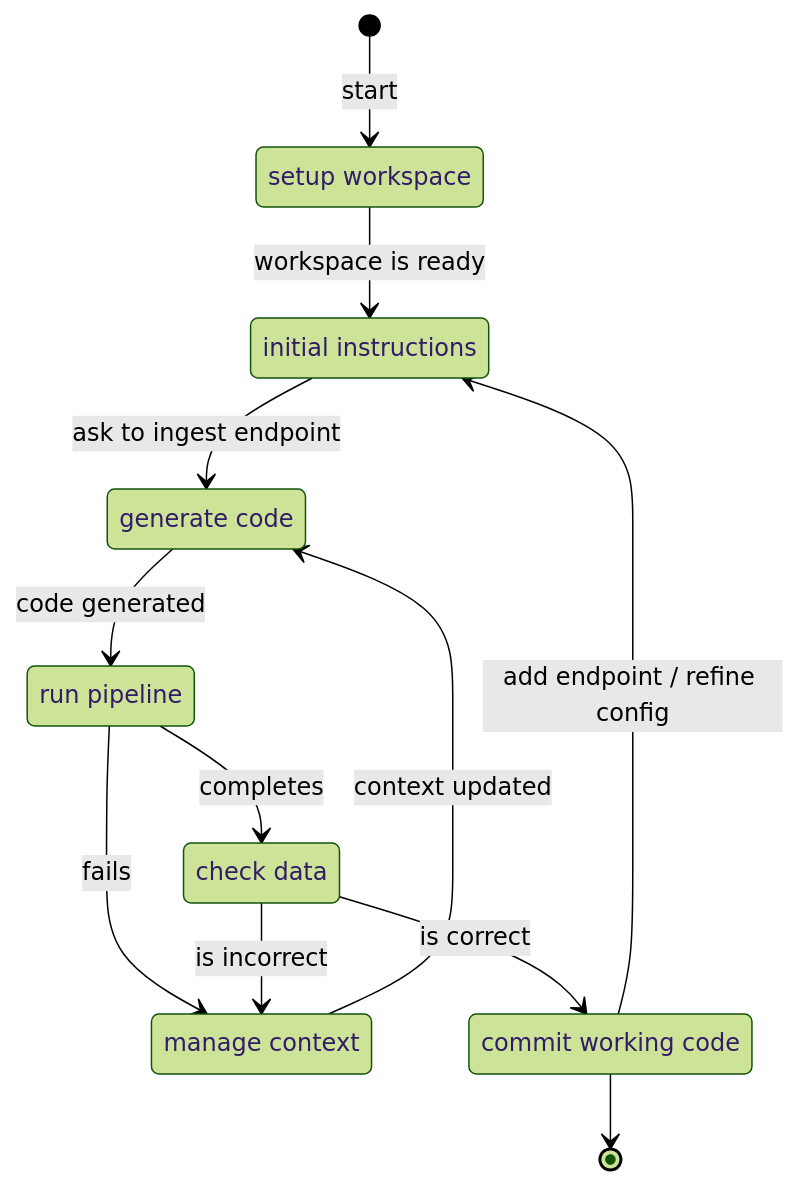
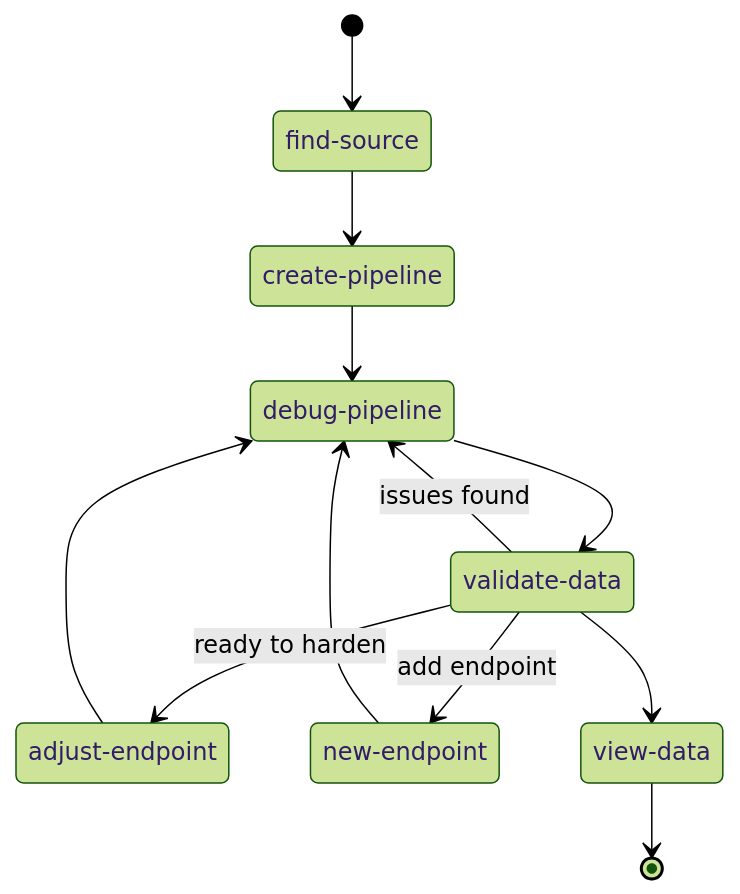
The diagram in docs/website/docs/dlt-ecosystem/llm-tooling/llm-native-workflow.md (dlt-hub/dlt), drawn with Mermaid (forest theme) before and after one commit. The commit also changed other lines of this file and 140 other files, not shown here.

````diff
--- a/docs/website/docs/dlt-ecosystem/llm-tooling/llm-native-workflow.md
+++ b/docs/website/docs/dlt-ecosystem/llm-tooling/llm-native-workflow.md
@@ -15,22 +249,22 @@
 ```mermaid
 stateDiagram-v2
-    setup: setup workspace
-    instructions: initial instructions
-    codegen: generate code
-    run: run pipeline
-    context: manage context
-    data: check data
-    commit: commit working code
+    find: find-source
+    create: create-pipeline
+    debug: debug-pipeline
+    validate: validate-data
+    adjust: adjust-endpoint
+    newep: new-endpoint
+    view: view-data
 
-    [*] --> setup: start
-    setup --> instructions: workspace is ready
-    instructions --> codegen: ask to ingest endpoint
-    codegen --> run: code generated
-    run --> context: fails
-    run --> data: completes
-    context --> codegen: context updated
-    data --> context: is incorrect
-    data --> commit: is correct
-    commit --> instructions: add endpoint / refine config
-    commit --> [*]
+    [*] --> find
+    find --> create
+    create --> debug
+    debug --> validate
+    validate --> debug: issues found
+    validate --> adjust: ready to harden
+    validate --> newep: add endpoint
+    adjust --> debug
+    newep --> debug
+    validate --> view
+    view --> [*]
 ```
````
